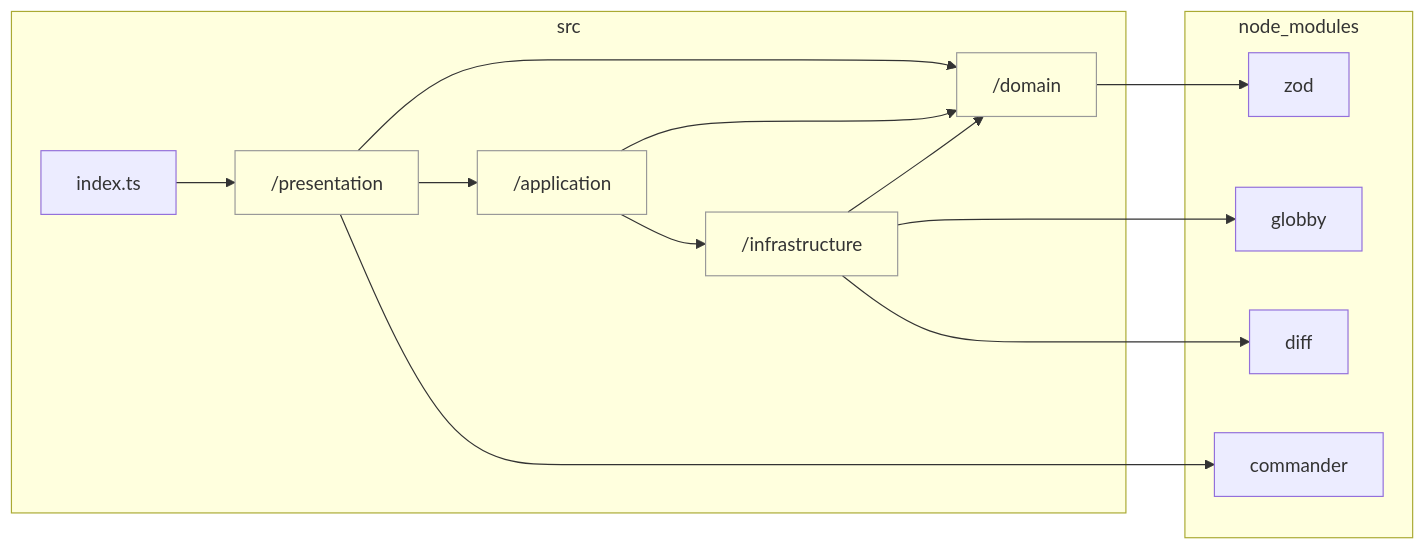
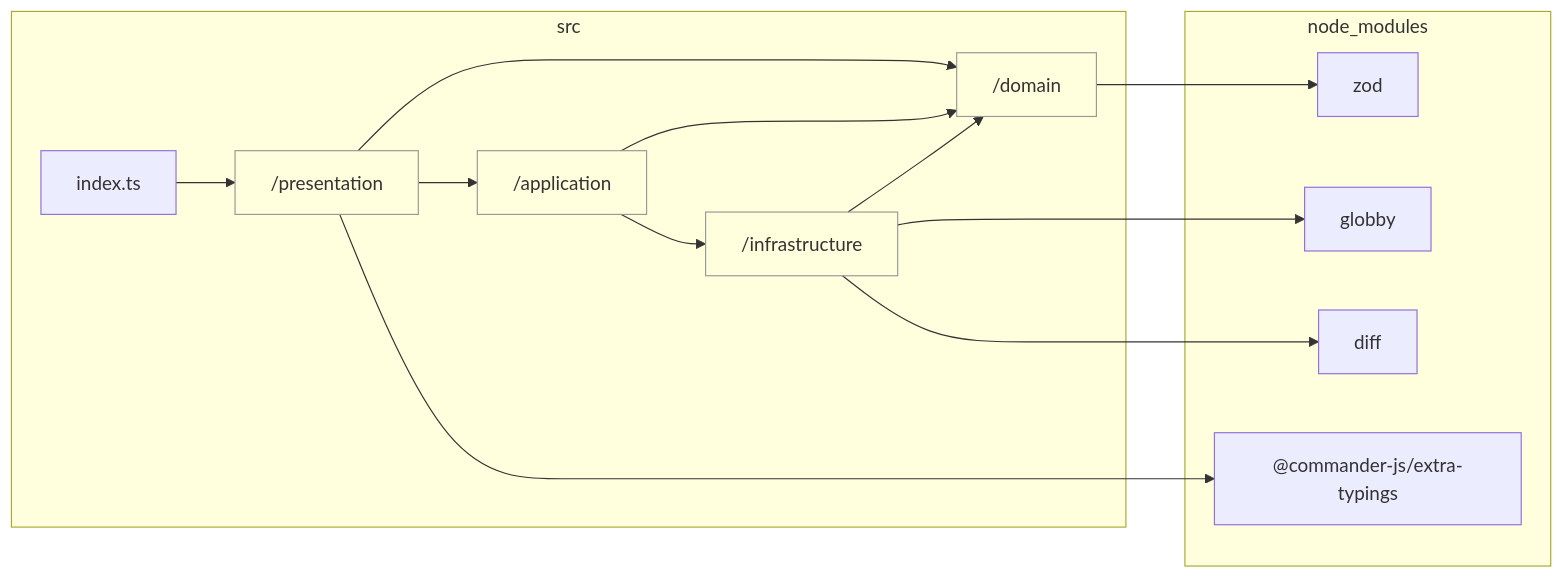
Before and after one commit to sugurutakahashi-1234/readme-i18n-sentinel: the diagram in docs/reports/dependencies/layers.md, drawn with Mermaid. The commit also changed 5 other files, not shown here.

````diff
--- a/docs/reports/dependencies/layers.md
+++ b/docs/reports/dependencies/layers.md
@@ -7,27 +7,27 @@
 ```mermaid
 flowchart LR
     classDef dir fill:#0000,stroke:#999
     subgraph src["src"]
         src/domain["/domain"]:::dir
         src/infrastructure["/infrastructure"]:::dir
         src/application["/application"]:::dir
         src/presentation["/presentation"]:::dir
         src/index.ts["index.ts"]
     end
     subgraph node//modules["node_modules"]
         node//modules/zod/index.d.cts["zod"]
         node//modules/globby/index.d.ts["globby"]
         node//modules/diff/libcjs/index.d.ts["diff"]
-        node//modules/commander/typings/index.d.ts["commander"]
+        node//modules///commander//js/extra//typings/index.d.ts["@commander-js/extra-typings"]
     end
     src/domain-->node//modules/zod/index.d.cts
     src/infrastructure-->node//modules/globby/index.d.ts
     src/infrastructure-->src/domain
     src/application-->src/domain
     src/application-->src/infrastructure
     src/infrastructure-->node//modules/diff/libcjs/index.d.ts
-    src/presentation-->node//modules/commander/typings/index.d.ts
+    src/presentation-->node//modules///commander//js/extra//typings/index.d.ts
     src/presentation-->src/application
     src/presentation-->src/domain
     src/index.ts-->src/presentation
 ```
````
